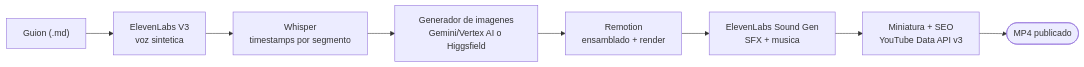
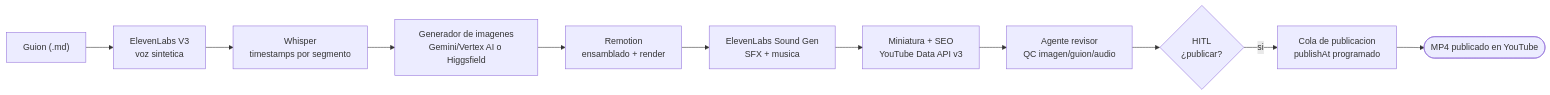
The diagram in README.md (Fernanditokitkatgr/video-explainer-ia-workflow), drawn with Mermaid before and after one commit. The commit also changed other lines of this file and 1 other file, not shown here.

First line of the commit message:
Document publish queue, video-reviewer, and multi-account YouTube setup

````diff
--- a/README.md
+++ b/README.md
@@ -35,10 +49,13 @@
 ```mermaid
 flowchart LR
     A["Guion (.md)"] --> B["ElevenLabs V3\nvoz sintetica"]
     B --> C["Whisper\ntimestamps por segmento"]
     C --> D["Generador de imagenes\nGemini/Vertex AI o Higgsfield"]
     D --> E["Remotion\nensamblado + render"]
     E --> F["ElevenLabs Sound Gen\nSFX + musica"]
     F --> G["Miniatura + SEO\nYouTube Data API v3"]
-    G --> H(["MP4 publicado"])
+    G --> R["Agente revisor\nQC imagen/guion/audio"]
+    R --> H{"HITL\n¿publicar?"}
+    H -->|si| Q["Cola de publicacion\npublishAt programado"]
+    Q --> P(["MP4 publicado en YouTube"])
 ```
````
